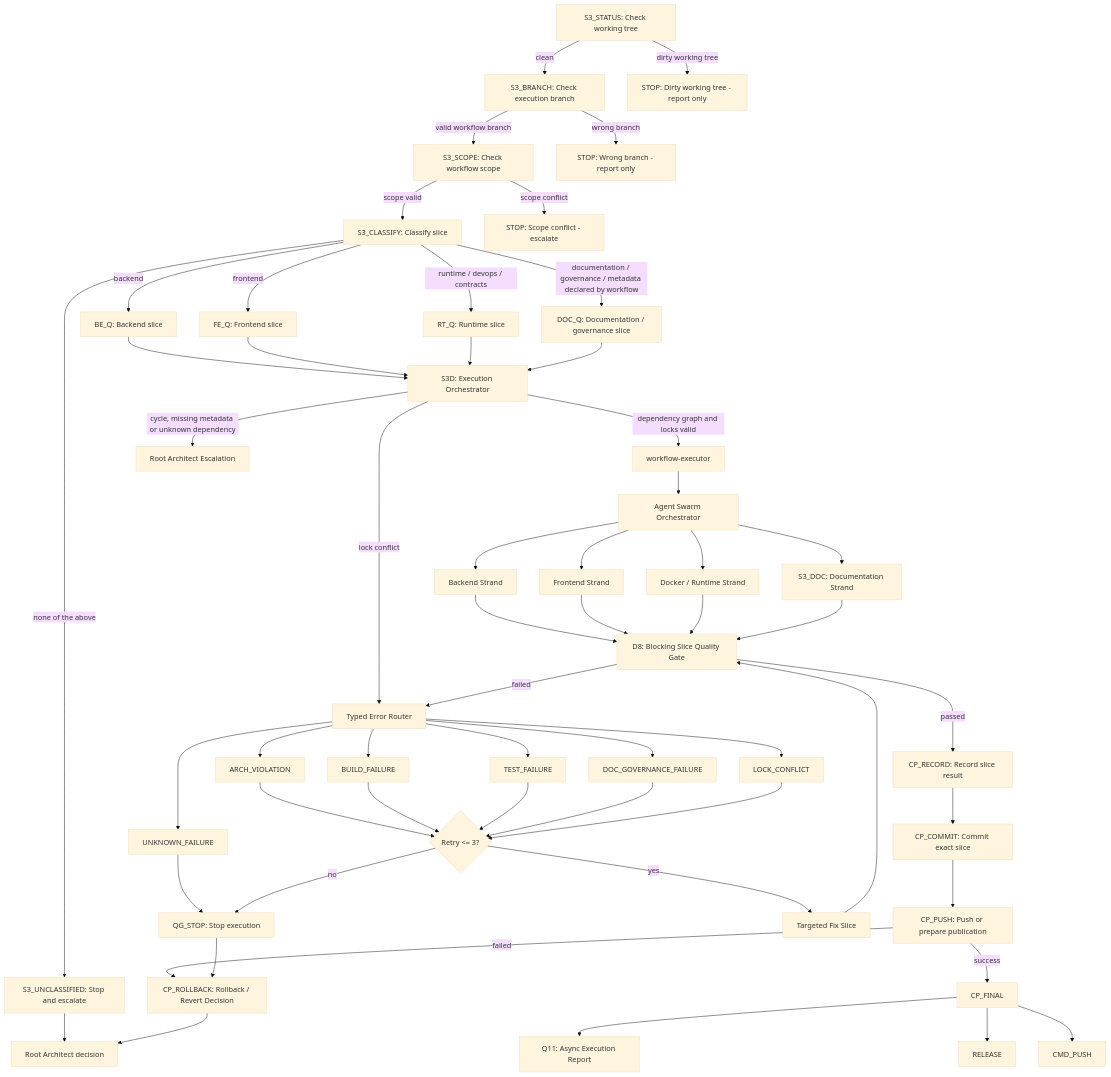
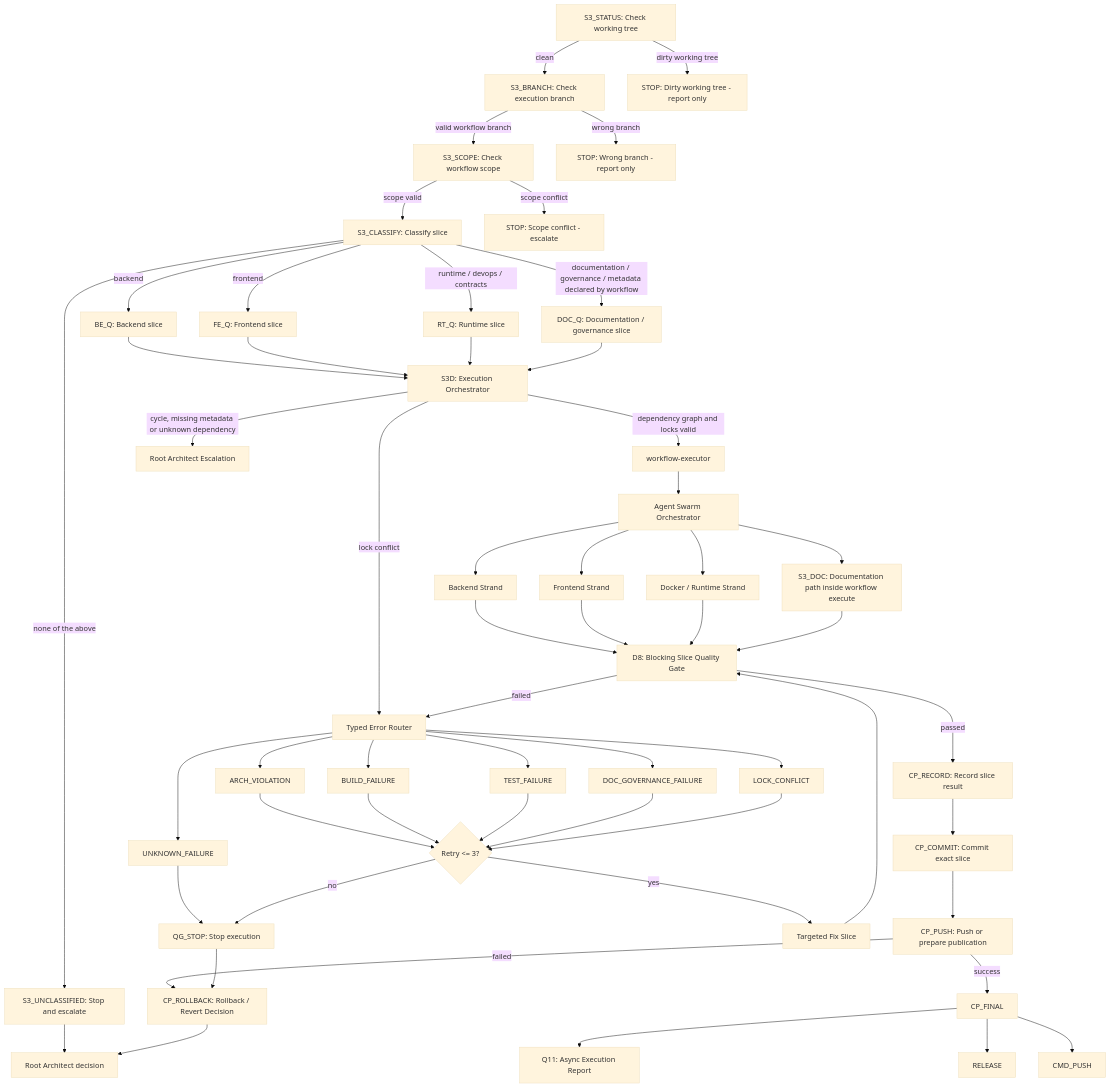
Before and after one commit to MatthiasBurger-Coder/forensic_analytics: the fourth of 5 diagrams in docs/agents/agent-governance.md, drawn with Mermaid (base theme). The commit also changed 11 other files, not shown here.

```diff
--- a/docs/agents/agent-governance.md
+++ b/docs/agents/agent-governance.md
@@ -189,7 +189,7 @@
   Backend["Backend Strand"]
   Frontend["Frontend Strand"]
   Runtime["Docker / Runtime Strand"]
-  Docs["S3_DOC: Documentation Strand"]
+  Docs["S3_DOC: Documentation path inside workflow execute"]
   Gate["D8: Blocking Slice Quality Gate"]
   QG_STOP["QG_STOP: Stop execution"]
   CP_RECORD["CP_RECORD: Record slice result"]
```
